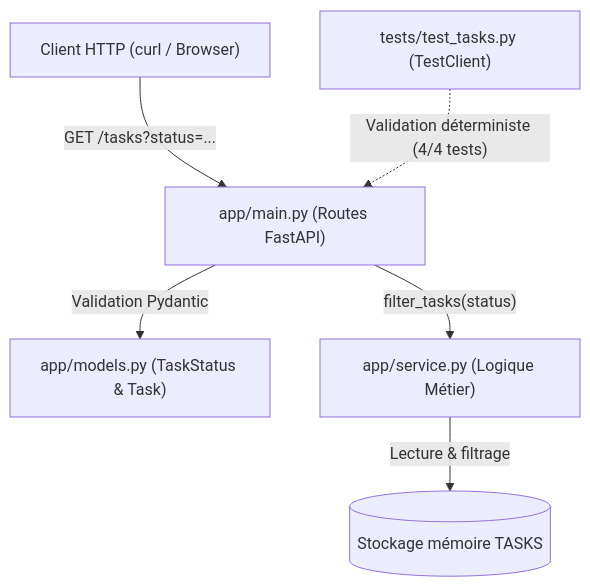
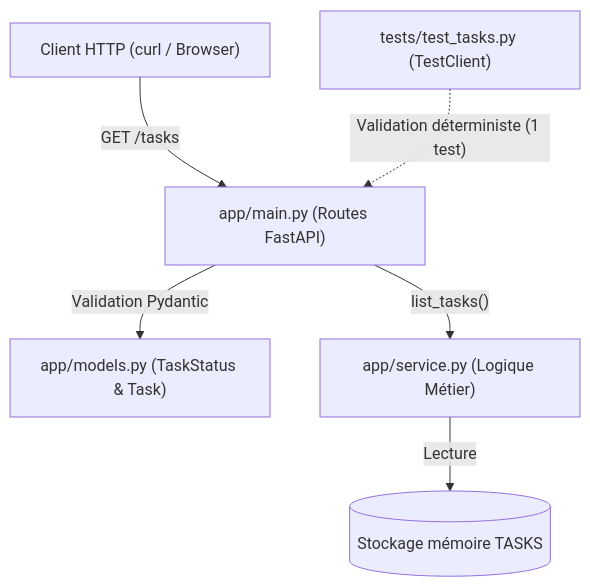
The diagram in docs/ARCHITECTURE.md (waewoo/ai-augmented-development-demo), drawn with Mermaid before and after one commit. The commit also changed other lines of this file and 23 other files, not shown here.

````diff
--- a/docs/ARCHITECTURE.md
+++ b/docs/ARCHITECTURE.md
@@ -11,8 +11,8 @@
 ```mermaid
 graph TD
-    Client["Client HTTP (curl / Browser)"] -->|"GET /tasks?status=..."| API["app/main.py (Routes FastAPI)"]
+    Client["Client HTTP (curl / Browser)"] -->|"GET /tasks"| API["app/main.py (Routes FastAPI)"]
     API -->|"Validation Pydantic"| Models["app/models.py (TaskStatus & Task)"]
-    API -->|"filter_tasks(status)"| Service["app/service.py (Logique Métier)"]
-    Service -->|"Lecture & filtrage"| Memory[("Stockage mémoire TASKS")]
-    Tests["tests/test_tasks.py (TestClient)"] -.->|"Validation déterministe (4/4 tests)"| API
+    API -->|"list_tasks()"| Service["app/service.py (Logique Métier)"]
+    Service -->|"Lecture"| Memory[("Stockage mémoire TASKS")]
+    Tests["tests/test_tasks.py (TestClient)"] -.->|"Validation déterministe (1 test)"| API
 ```
````
